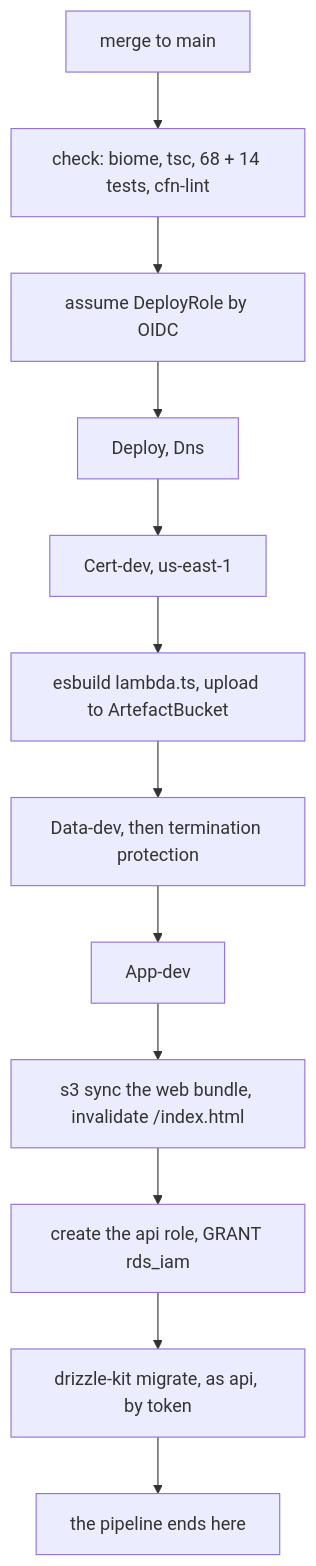
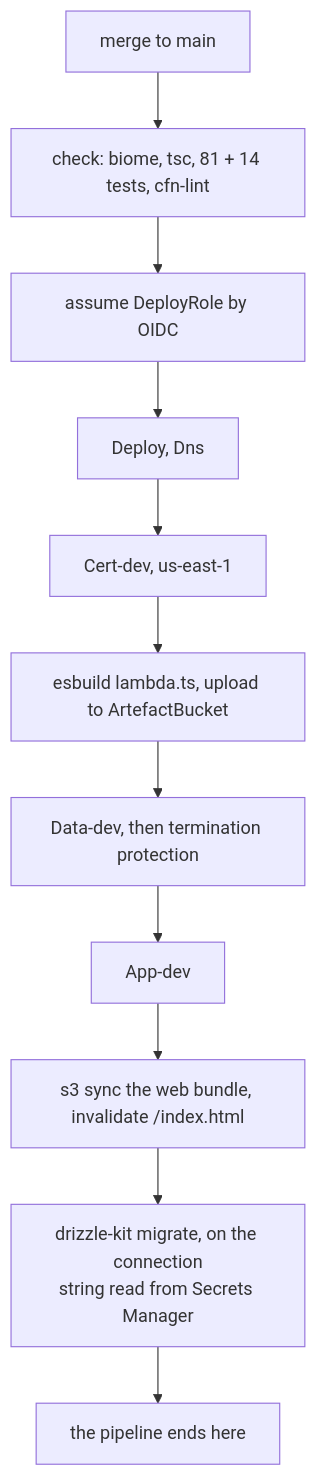
One commit to Ovich/job-application-ai changed the fifth of 5 diagrams in infra/architecture.md. Above: the diagram before and after it, drawn with Mermaid. The commit also changed other lines of this file and 2 other files, not shown here.

````diff
--- a/infra/architecture.md
+++ b/infra/architecture.md
@@ -362,14 +367,13 @@
 ```mermaid
 flowchart TB
-  merge["merge to main"] --> check["check: biome, tsc, 68 + 14 tests, cfn-lint"]
+  merge["merge to main"] --> check["check: biome, tsc, 81 + 14 tests, cfn-lint"]
   check --> oidc["assume DeployRole by OIDC"]
   oidc --> shared["Deploy, Dns"]
   shared --> cert["Cert-dev, us-east-1"]
   cert --> bundle["esbuild lambda.ts, upload to ArtefactBucket"]
   bundle --> data["Data-dev, then termination protection"]
   data --> app["App-dev"]
   app --> sync["s3 sync the web bundle, invalidate /index.html"]
-  sync --> role["create the api role, GRANT rds_iam"]
-  role --> migrate["drizzle-kit migrate, as api, by token"]
+  sync --> migrate["drizzle-kit migrate, on the connection<br/>string read from Secrets Manager"]
   migrate --> done["the pipeline ends here"]
 ```
````
